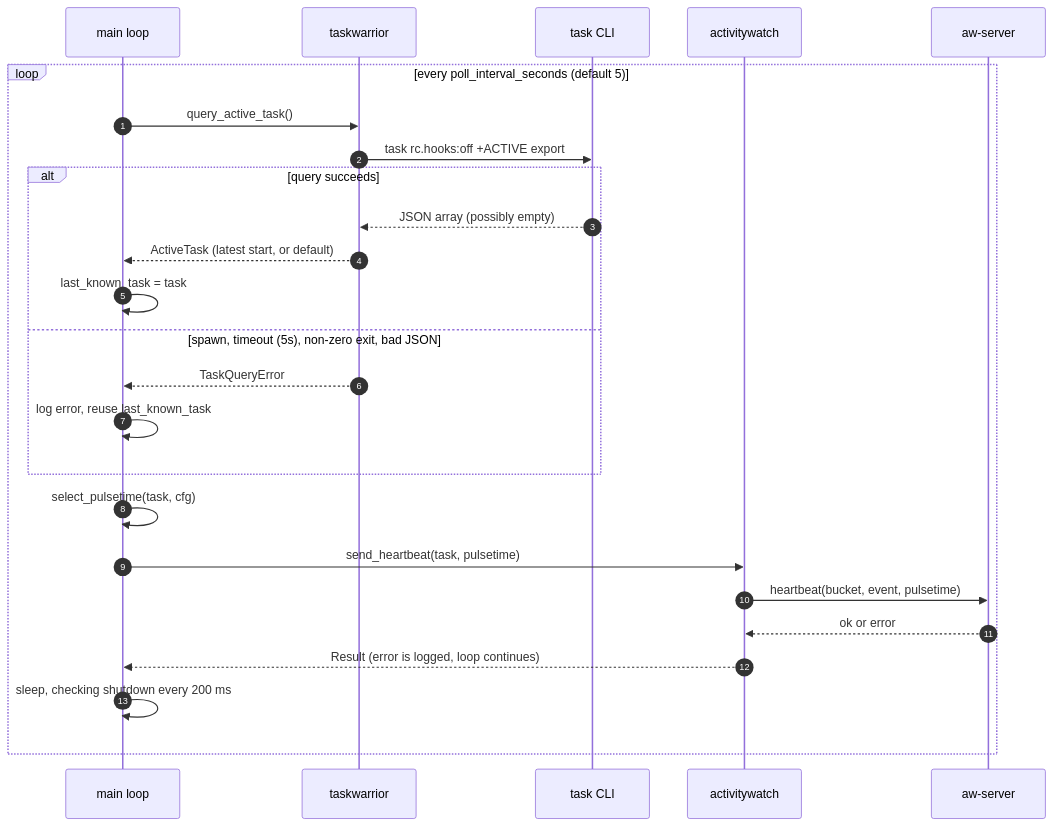
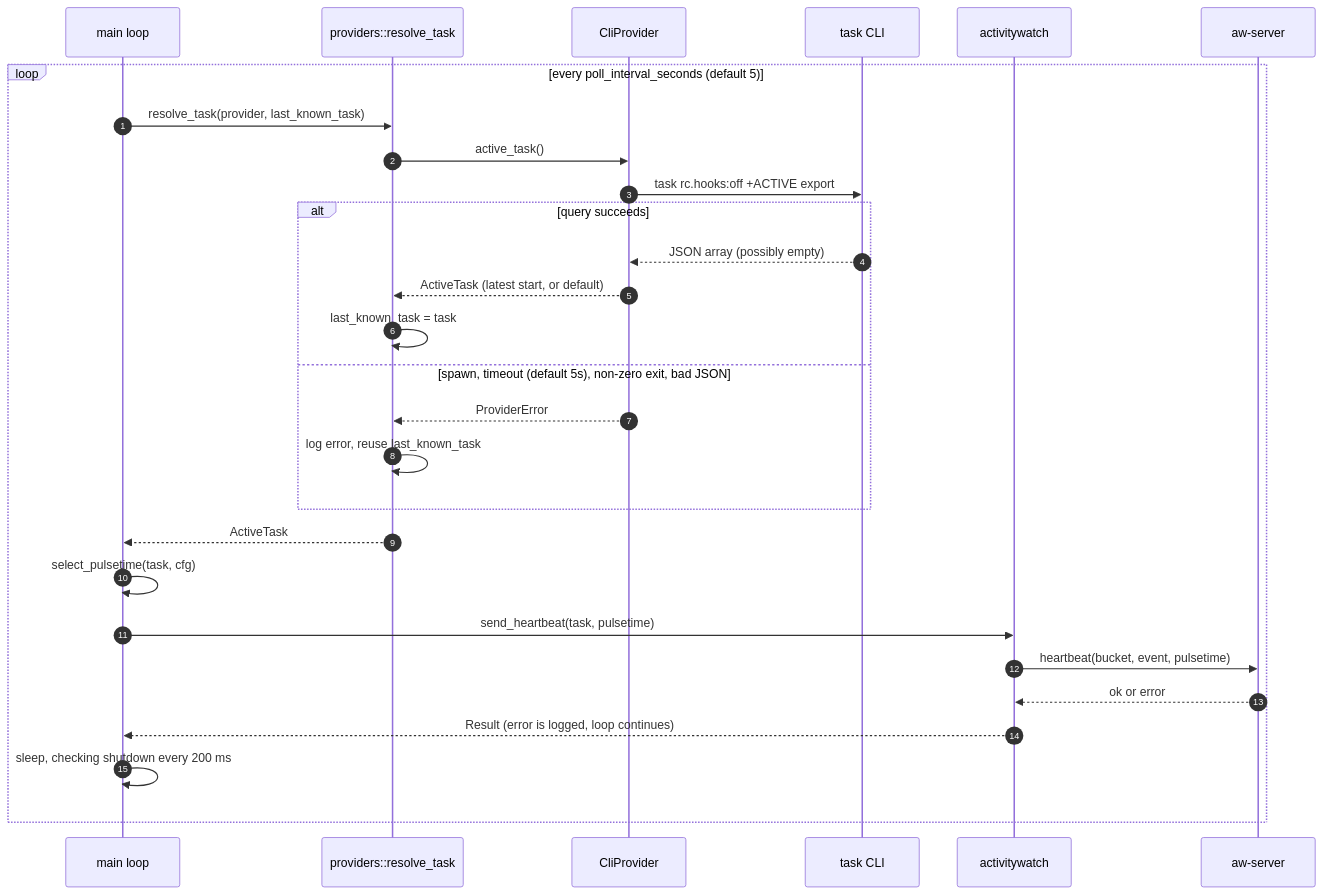
One commit to emirhg/aw-taskwarrior changed the third of 4 diagrams in docs/architecture.md. Above: the diagram before and after it, drawn with Mermaid. The commit also changed other lines of this file and 18 other files, not shown here.

First line of the commit message:
refactor: move active-task sources behind a TaskProvider trait

````diff
--- a/docs/architecture.md
+++ b/docs/architecture.md
@@ -45,28 +50,31 @@
 ```mermaid
 sequenceDiagram
     autonumber
     participant M as main loop
-    participant T as taskwarrior
+    participant P as providers::resolve_task
+    participant T as CliProvider
     participant TW as task CLI
     participant A as activitywatch
     participant S as aw-server
 
     loop every poll_interval_seconds (default 5)
-        M->>T: query_active_task()
+        M->>P: resolve_task(provider, last_known_task)
+        P->>T: active_task()
         T->>TW: task rc.hooks:off +ACTIVE export
         alt query succeeds
             TW-->>T: JSON array (possibly empty)
-            T-->>M: ActiveTask (latest start, or default)
-            M->>M: last_known_task = task
-        else spawn, timeout (5s), non-zero exit, bad JSON
-            T-->>M: TaskQueryError
-            M->>M: log error, reuse last_known_task
+            T-->>P: ActiveTask (latest start, or default)
+            P->>P: last_known_task = task
+        else spawn, timeout (default 5s), non-zero exit, bad JSON
+            T-->>P: ProviderError
+            P->>P: log error, reuse last_known_task
         end
+        P-->>M: ActiveTask
         M->>M: select_pulsetime(task, cfg)
         M->>A: send_heartbeat(task, pulsetime)
         A->>S: heartbeat(bucket, event, pulsetime)
         S-->>A: ok or error
         A-->>M: Result (error is logged, loop continues)
         M->>M: sleep, checking shutdown every 200 ms
     end
 ```
````
